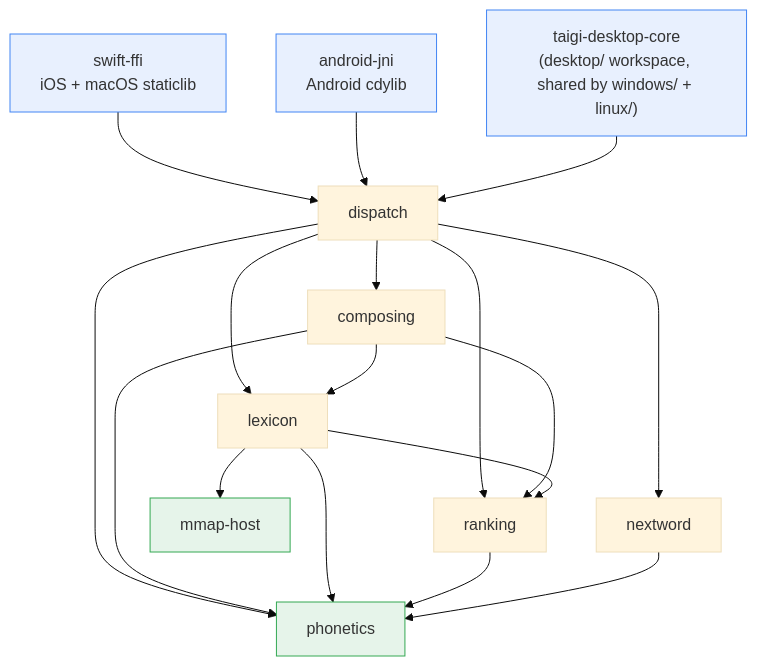
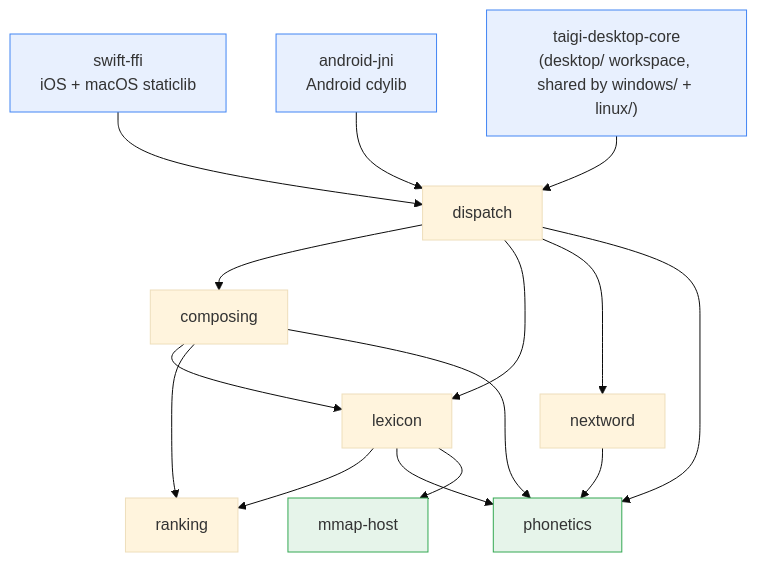
One commit to yapinxxx/taigikeyboard changed the second of 4 diagrams in docs/architecture/system-overview.md. Above: the diagram before and after it, drawn with Mermaid (base theme). The commit also changed other lines of this file and 46 other files, not shown here.

````diff
--- a/docs/architecture/system-overview.md
+++ b/docs/architecture/system-overview.md
@@ -65,24 +65,22 @@
 ```mermaid
 graph TD
     swiftffi["swift-ffi<br/>iOS + macOS staticlib"] --> dispatch
     androidjni["android-jni<br/>Android cdylib"] --> dispatch
     wincore["taigi-desktop-core<br/>(desktop/ workspace, shared by windows/ + linux/)"] --> dispatch
     dispatch --> composing
     dispatch --> lexicon
-    dispatch --> ranking
     dispatch --> nextword
     dispatch --> phonetics
     composing --> lexicon
     composing --> ranking
     composing --> phonetics
     lexicon --> ranking
     lexicon --> phonetics
     lexicon --> mmaphost["mmap-host"]
-    ranking --> phonetics
     nextword --> phonetics
 
     classDef adapter fill:#e8f0fe,stroke:#4285f4;
     classDef leaf fill:#e6f4ea,stroke:#34a853;
     class swiftffi,androidjni,wincore adapter;
     class phonetics,mmaphost leaf;
 ```
````
